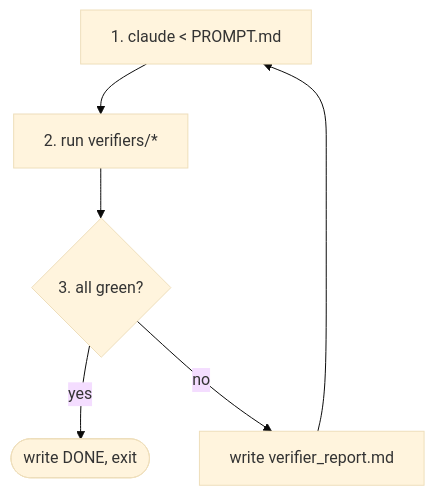
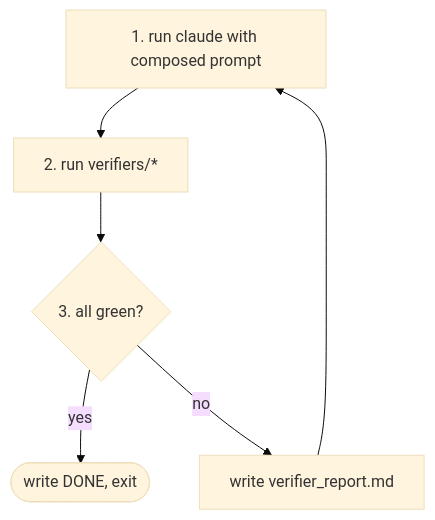
One commit to soniccyclone/claude-ralphs changed the diagram in README.md. Above: the diagram before and after it, drawn with Mermaid (base theme). The commit also changed other lines of this file, not shown here.

````diff
--- a/README.md
+++ b/README.md
@@ -17,12 +17,12 @@
 ```mermaid
 flowchart TB
-    prompt["1. claude &lt; PROMPT.md"]
+    prompt["1. run claude with composed prompt"]
     verify["2. run verifiers/*"]
     gate{"3. all green?"}
     report["write verifier_report.md"]
     done(["write DONE, exit"])
 
     prompt --> verify --> gate
     gate -- yes --> done
     gate -- no --> report --> prompt
 ```
````
